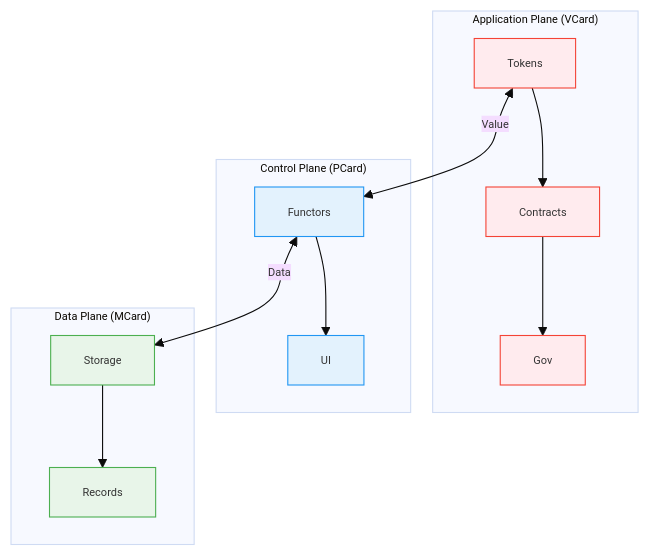
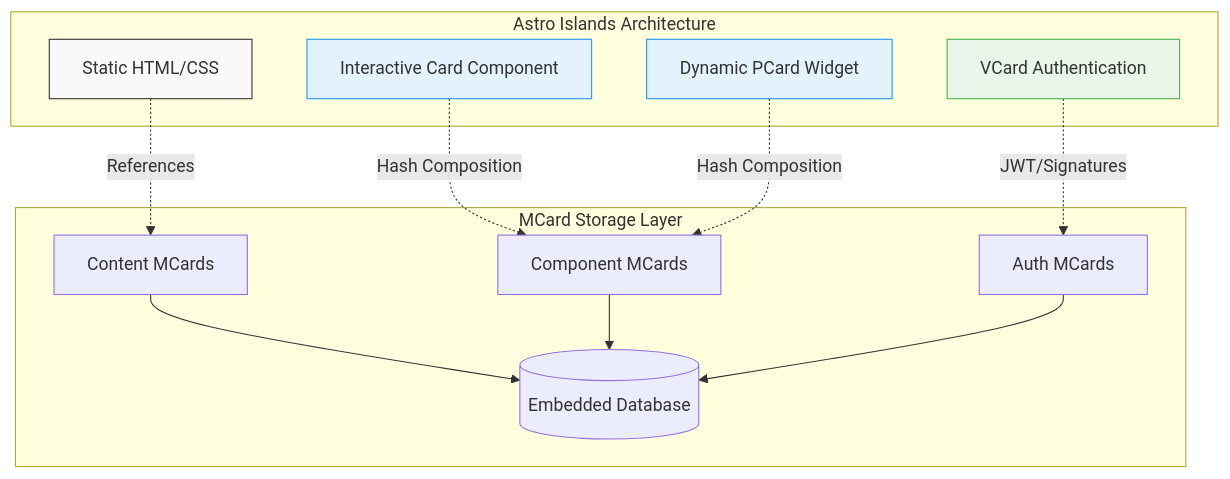
One commit to githubhenrykoo/PKC changed the second of 14 diagrams in Docs/PKC.md. Above: the diagram before and after it, drawn with Mermaid. The commit also changed other lines of this file and 1 other file, not shown here.

````diff
--- a/Docs/PKC.md
+++ b/Docs/PKC.md
@@ -220,23 +119,31 @@
 ```mermaid
-%%{init: {"flowchart": {"htmlLabels": true, "curve": "basis", "diagramPadding": 10}, "theme": "base", "themeVariables": {"fontSize": "10px", "fontFamily": "arial", "nodeSpacing": 20, "rankSpacing": 20}}}%%
+%%{init: {"flowchart": {"htmlLabels": true, "curve": "basis"}}}%%
 graph TB
-    subgraph "Application Plane (VCard)"
-        A[Tokens] --> B[Contracts]
-        B --> C[Gov]
+    subgraph "Astro Islands Architecture"
+        Static[Static HTML/CSS]
+        Island1[Interactive Card Component]
+        Island2[Dynamic PCard Widget]
+        Island3[VCard Authentication]
     end
-    subgraph "Control Plane (PCard)"
-        D[Functors] --> E[UI]
+    
+    subgraph "MCard Storage Layer"
+        DB[(Embedded Database)]
+        Content[Content MCards]
+        Components[Component MCards]
+        Auth[Auth MCards]
     end
-    subgraph "Data Plane (MCard)"
-        F[Storage] --> G[Records]
-    end
-    A <-->|Value| D
-    D <-->|Data| F
-    style A fill:#ffebee,stroke:#f44336
-    style B fill:#ffebee,stroke:#f44336
-    style C fill:#ffebee,stroke:#f44336
-    style D fill:#e3f2fd,stroke:#2196f3
-    style E fill:#e3f2fd,stroke:#2196f3
-    style F fill:#e8f5e9,stroke:#4caf50
-    style G fill:#e8f5e9,stroke:#4caf50
+    
+    Static -.->|References| Content
+    Island1 -.->|Hash Composition| Components
+    Island2 -.->|Hash Composition| Components
+    Island3 -.->|JWT/Signatures| Auth
+    
+    Content --> DB
+    Components --> DB
+    Auth --> DB
+    
+    style Static fill:#f9f9f9,stroke:#333
+    style Island1 fill:#e3f2fd,stroke:#2196f3
+    style Island2 fill:#e3f2fd,stroke:#2196f3
+    style Island3 fill:#e8f5e9,stroke:#4caf50
 ```
````
